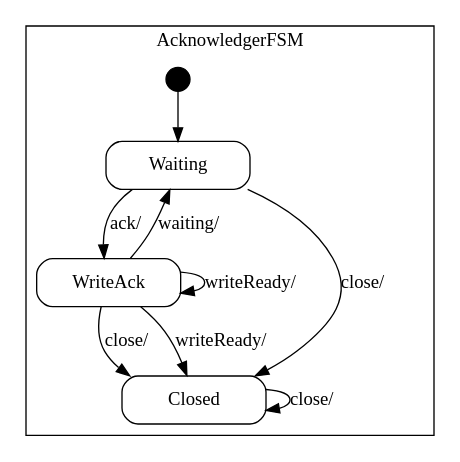
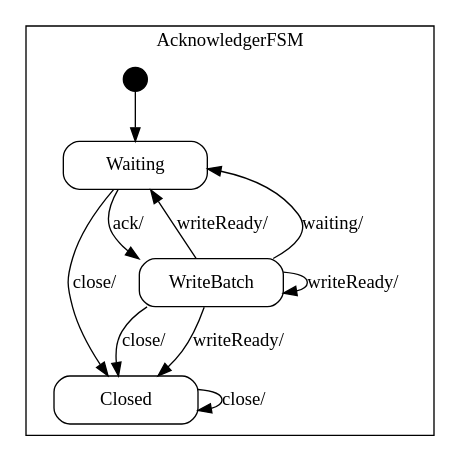
Before and after one commit to vmehra-sfdc/Ouroboros: the diagram in spindle/doc/Acknowledger_sm.dot, drawn with Graphviz. The commit also changed 9 other files, not shown here.

```diff
--- a/spindle/doc/Acknowledger_sm.dot
+++ b/spindle/doc/Acknowledger_sm.dot
@@ -1,54 +1,57 @@
 digraph Acknowledger {
 
     node
         [shape=Mrecord width=1.5];
 
     subgraph cluster_AcknowledgerFSM {
 
         label="AcknowledgerFSM";
 
         //
         // States (Nodes)
         //
 
         "AcknowledgerFSM::Waiting"
             [label="{Waiting}"];
 
-        "AcknowledgerFSM::WriteAck"
-            [label="{WriteAck}"];
+        "AcknowledgerFSM::WriteBatch"
+            [label="{WriteBatch}"];
 
         "AcknowledgerFSM::Closed"
             [label="{Closed}"];
 
         "%start"
             [label="" shape=circle style=filled fillcolor=black width=0.25];
 
         //
         // Transitions (Edges)
         //
 
-        "AcknowledgerFSM::Waiting" -> "AcknowledgerFSM::WriteAck"
+        "AcknowledgerFSM::Waiting" -> "AcknowledgerFSM::WriteBatch"
             [label="ack/\l"];
 
         "AcknowledgerFSM::Waiting" -> "AcknowledgerFSM::Closed"
             [label="close/\l"];
 
-        "AcknowledgerFSM::WriteAck" -> "AcknowledgerFSM::Closed"
+        "AcknowledgerFSM::WriteBatch" -> "AcknowledgerFSM::Closed"
             [label="writeReady/\l"];
 
-        "AcknowledgerFSM::WriteAck" -> "AcknowledgerFSM::WriteAck"
+        "AcknowledgerFSM::WriteBatch" -> "AcknowledgerFSM::WriteBatch"
             [label="writeReady/\l"];
 
-        "AcknowledgerFSM::WriteAck" -> "AcknowledgerFSM::Waiting"
+        "AcknowledgerFSM::WriteBatch" -> "AcknowledgerFSM::Waiting"
+            [label="writeReady/\l"];
+
+        "AcknowledgerFSM::WriteBatch" -> "AcknowledgerFSM::Waiting"
             [label="waiting/\l"];
 
-        "AcknowledgerFSM::WriteAck" -> "AcknowledgerFSM::Closed"
+        "AcknowledgerFSM::WriteBatch" -> "AcknowledgerFSM::Closed"
             [label="close/\l"];
 
         "AcknowledgerFSM::Closed" -> "AcknowledgerFSM::Closed"
             [label="close/\l"];
 
         "%start" -> "AcknowledgerFSM::Waiting"
     }
 
 }
```
